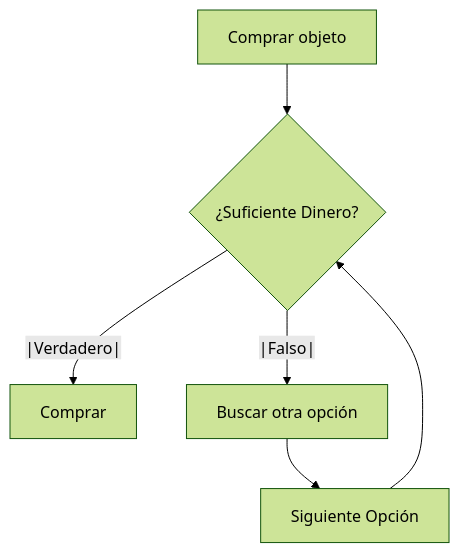
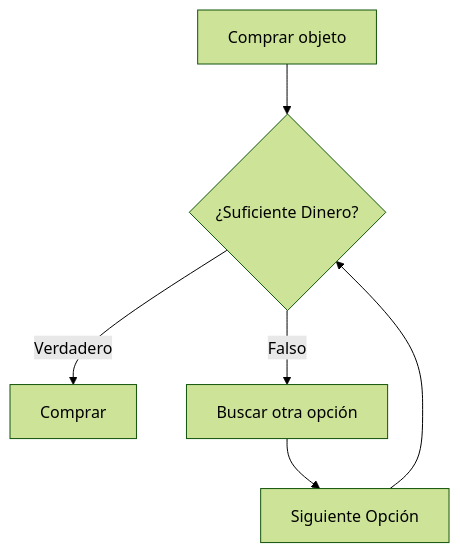
Before and after one commit to chrisdewa/curso_python: the diagram in docs/_sources/Unidad 2/tema 9 - operaciones lógicas.md, drawn with Mermaid (forest theme). The commit also changed 4 other files, not shown here.

````diff
--- a/docs/_sources/Unidad 2/tema 9 - operaciones lógicas.md
+++ b/docs/_sources/Unidad 2/tema 9 - operaciones lógicas.md
@@ -16,7 +16,7 @@
 ```{mermaid}
 flowchart TD
     A[Comprar objeto] --> B{¿Suficiente Dinero?}
-    B -- |Verdadero| --> C[Comprar]
-    B -- |Falso| --> D[Buscar otra opción]
+    B -- Verdadero --> C[Comprar]
+    B -- Falso --> D[Buscar otra opción]
 	D --> E[Siguiente Opción] --> B
 ```
````
